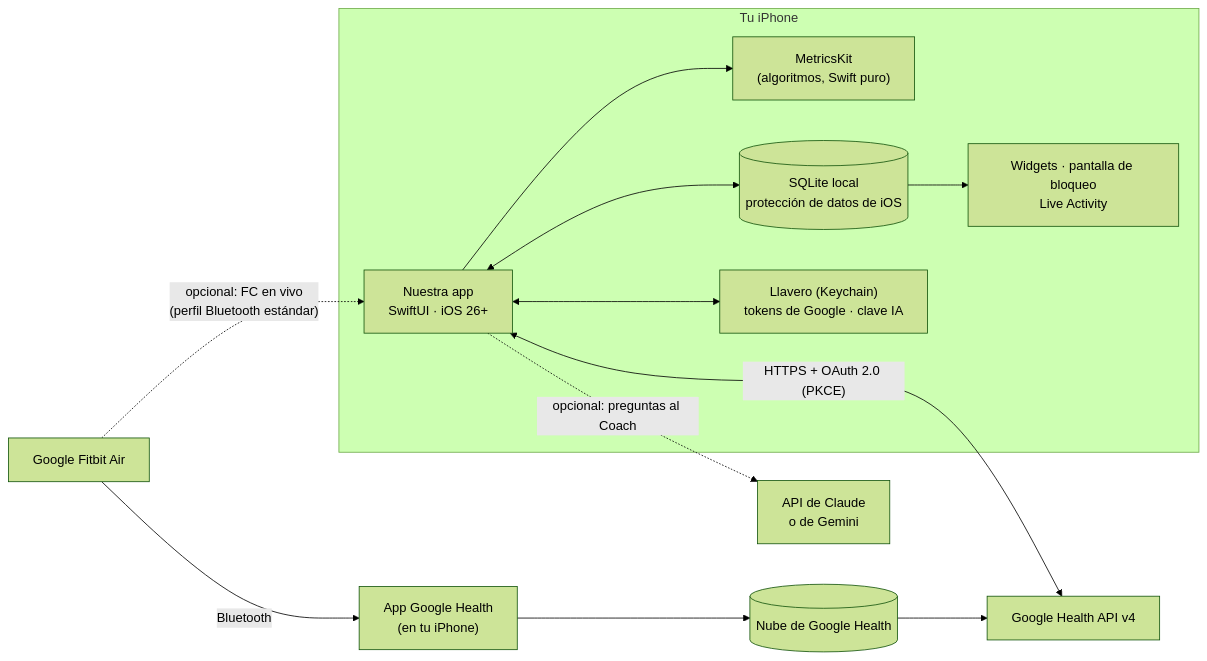
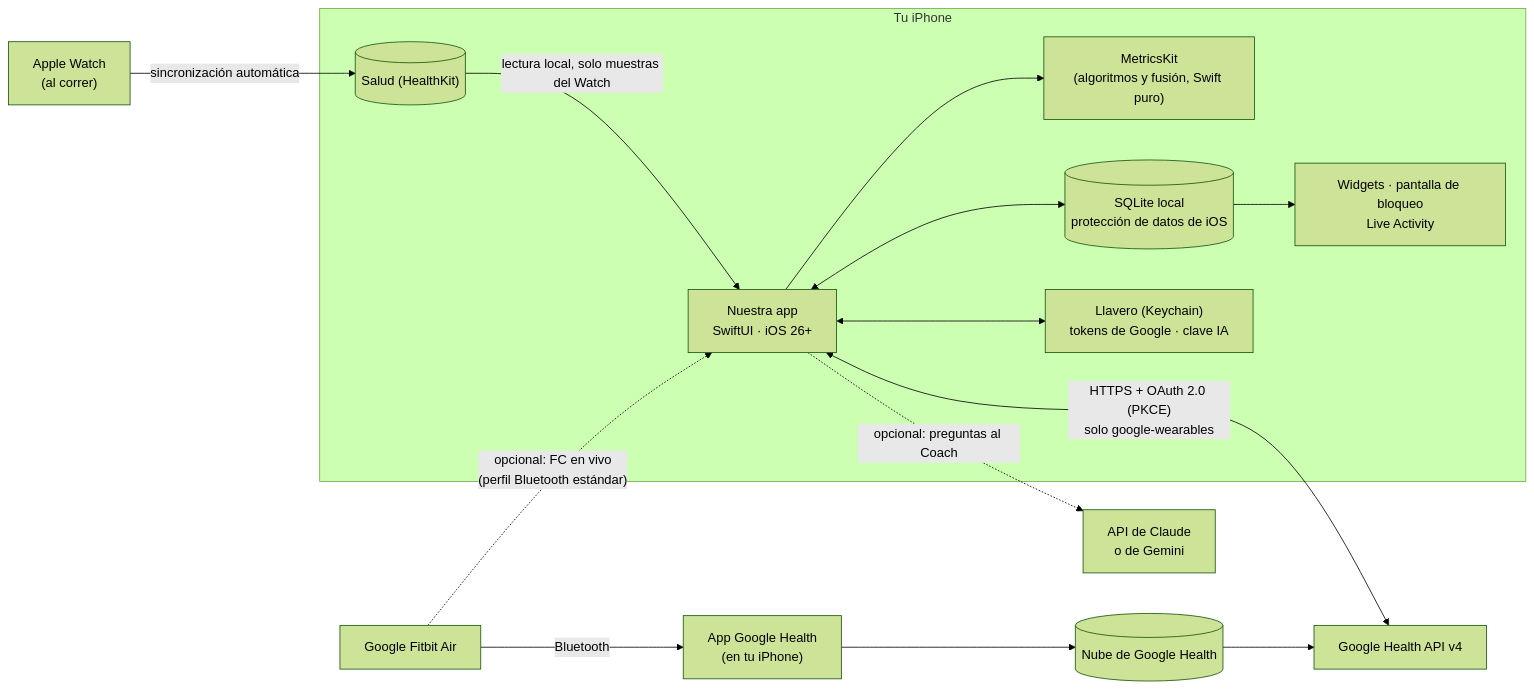
The first of 4 diagrams in docs/08-arquitectura-tecnica.md (marcgodinezmartinez-gif/FitbitApp), drawn with Mermaid (forest theme) before and after one commit. The commit also changed other lines of this file and 18 other files, not shown here.

First line of the commit message:
Añadir Apple Watch, fusión de datos, sincronización al abrir y análisis del día

````diff
--- a/docs/08-arquitectura-tecnica.md
+++ b/docs/08-arquitectura-tecnica.md
@@ -7,22 +7,25 @@
 ```mermaid
 flowchart LR
     AIR["Google Fitbit Air"] -- Bluetooth --> GH["App Google Health<br/>(en tu iPhone)"]
     GH --> GC[("Nube de Google Health")]
     GC --> API["Google Health API v4"]
 
     subgraph IPHONE["Tu iPhone"]
         APP["Nuestra app<br/>SwiftUI · iOS 26+"]
-        MK["MetricsKit<br/>(algoritmos, Swift puro)"]
+        HK[("Salud (HealthKit)")]
+        MK["MetricsKit<br/>(algoritmos y fusión, Swift puro)"]
         DB[("SQLite local<br/>protección de datos de iOS")]
         KC["Llavero (Keychain)<br/>tokens de Google · clave IA"]
         WID["Widgets · pantalla de bloqueo<br/>Live Activity"]
     end
 
-    APP <-- "HTTPS + OAuth 2.0 (PKCE)" --> API
+    APP <-- "HTTPS + OAuth 2.0 (PKCE)<br/>solo google-wearables" --> API
+    WATCH["Apple Watch<br/>(al correr)"] -- "sincronización automática" --> HK
+    HK -- "lectura local, solo muestras del Watch" --> APP
     APP --> MK
     APP <--> DB
     APP <--> KC
     DB --> WID
     APP -. "opcional: preguntas al Coach" .-> LLM["API de Claude<br/>o de Gemini"]
     AIR -. "opcional: FC en vivo<br/>(perfil Bluetooth estándar)" .-> APP
 ```
````
